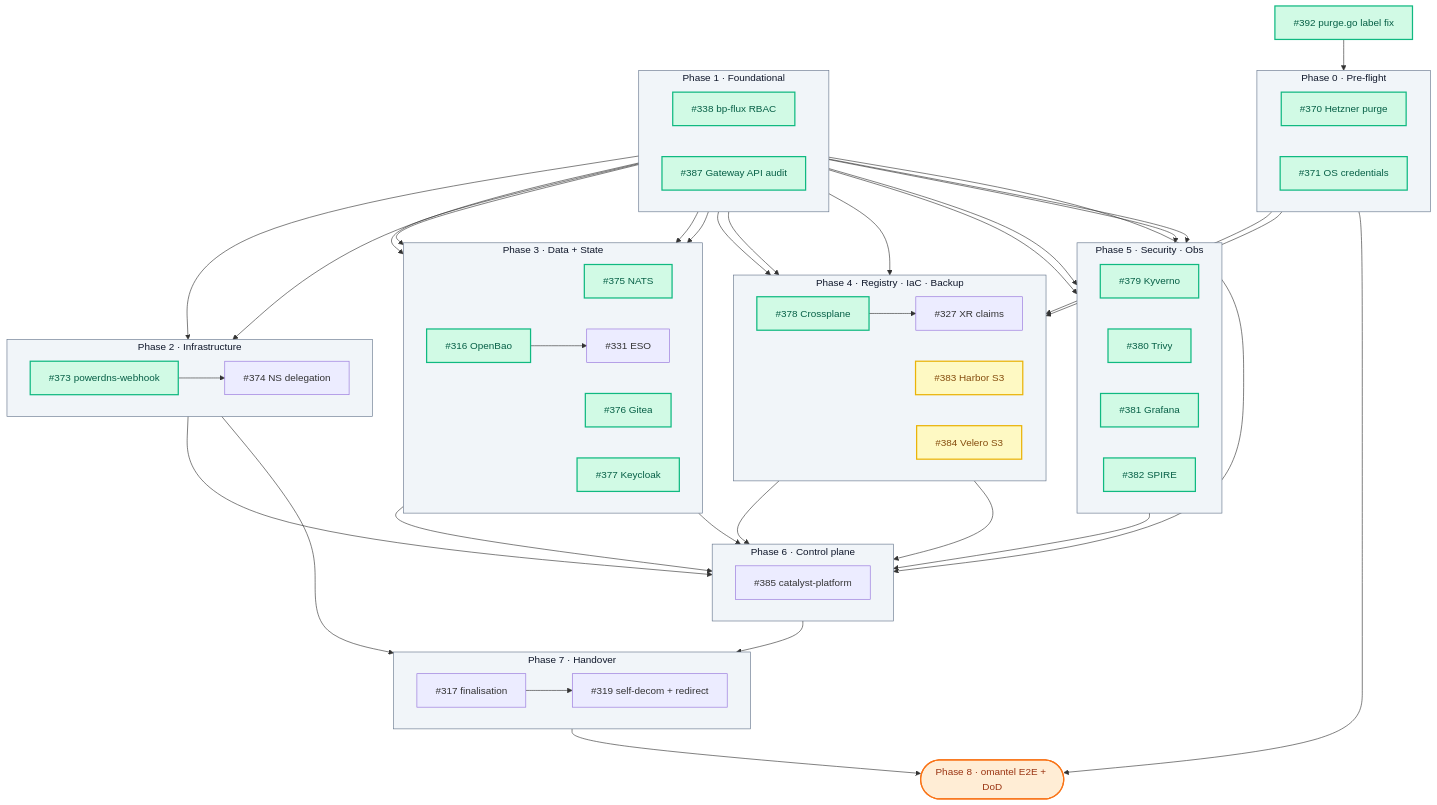
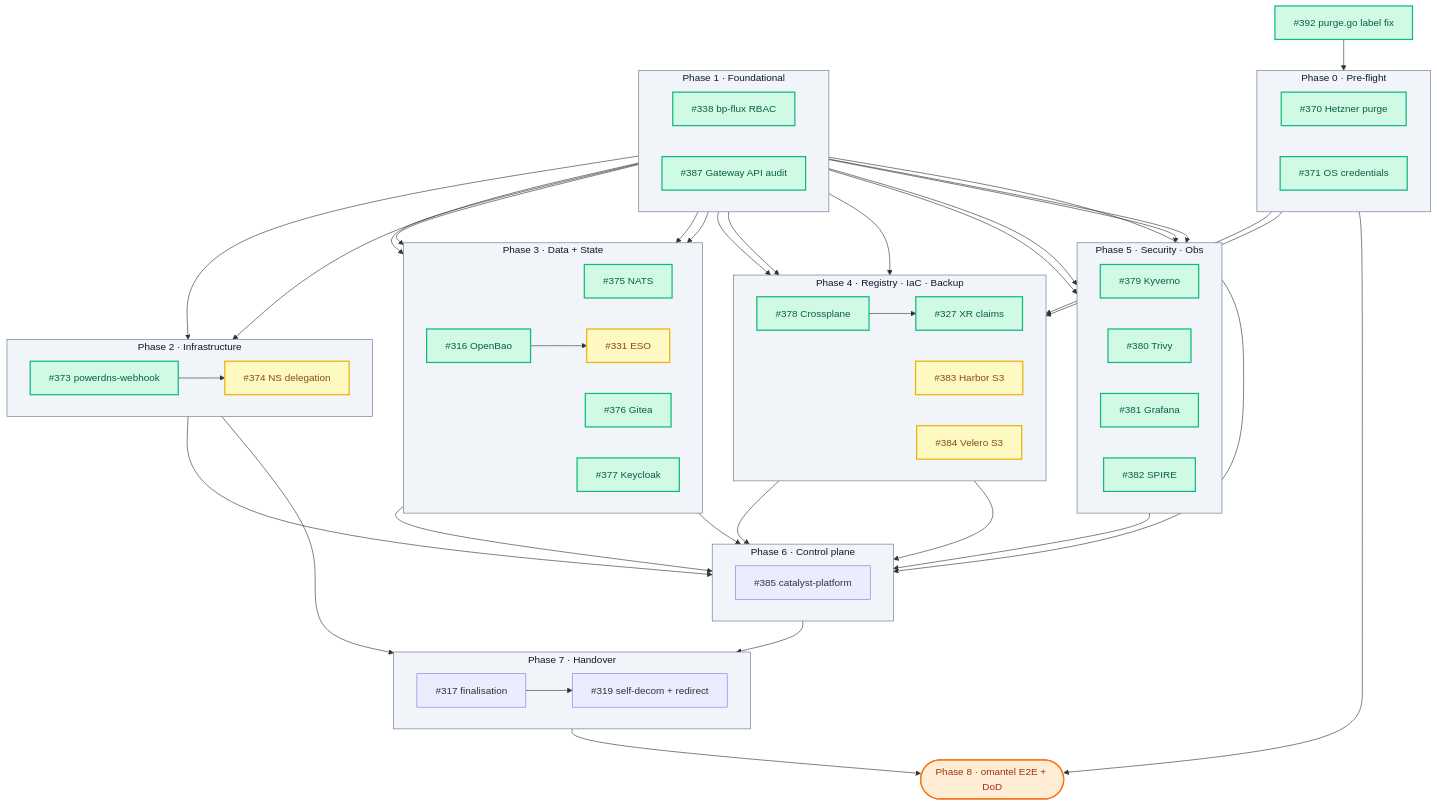
The diagram in docs/omantel-handover-wbs.md (openova-io/openova), drawn with Mermaid before and after one commit. The commit also changed other lines of this file, not shown here.

First line of the commit message:
docs(wbs): tick 10 — 16 done (incl. #327); #331/#374 dispatched

```diff
--- a/docs/omantel-handover-wbs.md
+++ b/docs/omantel-handover-wbs.md
@@ -169,8 +169,8 @@
     T392 --> T370
 
     class PH0,PH1,PH2,PH3,PH4,PH5,PH6,PH7 phase
-    class T316,T338,T370,T371,T373,T375,T376,T377,T378,T379,T380,T381,T382,T387,T392 done
-    class T383,T384 wip
+    class T316,T327,T338,T370,T371,T373,T375,T376,T377,T378,T379,T380,T381,T382,T387,T392 done
+    class T331,T374,T383,T384 wip
 
     %% Clickable ticket numbers — open the GitHub issue in a new tab
     click T316 "https://github.com/openova-io/openova/issues/316" "Open #316" _blank
```
